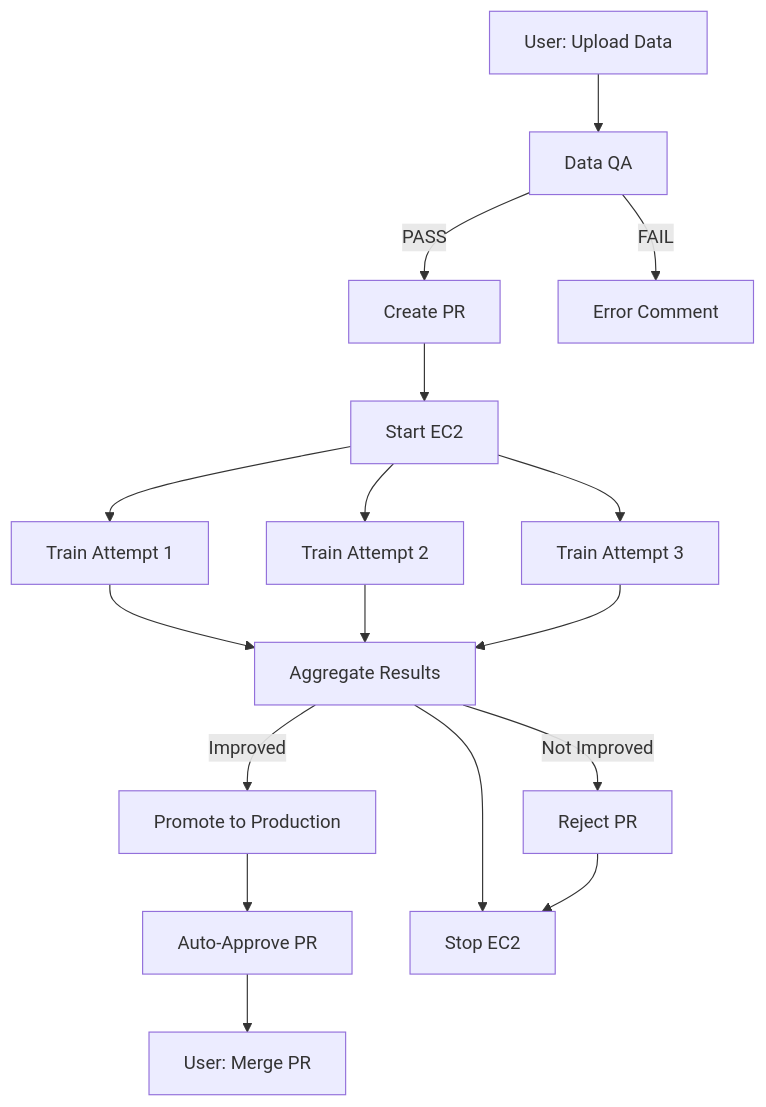
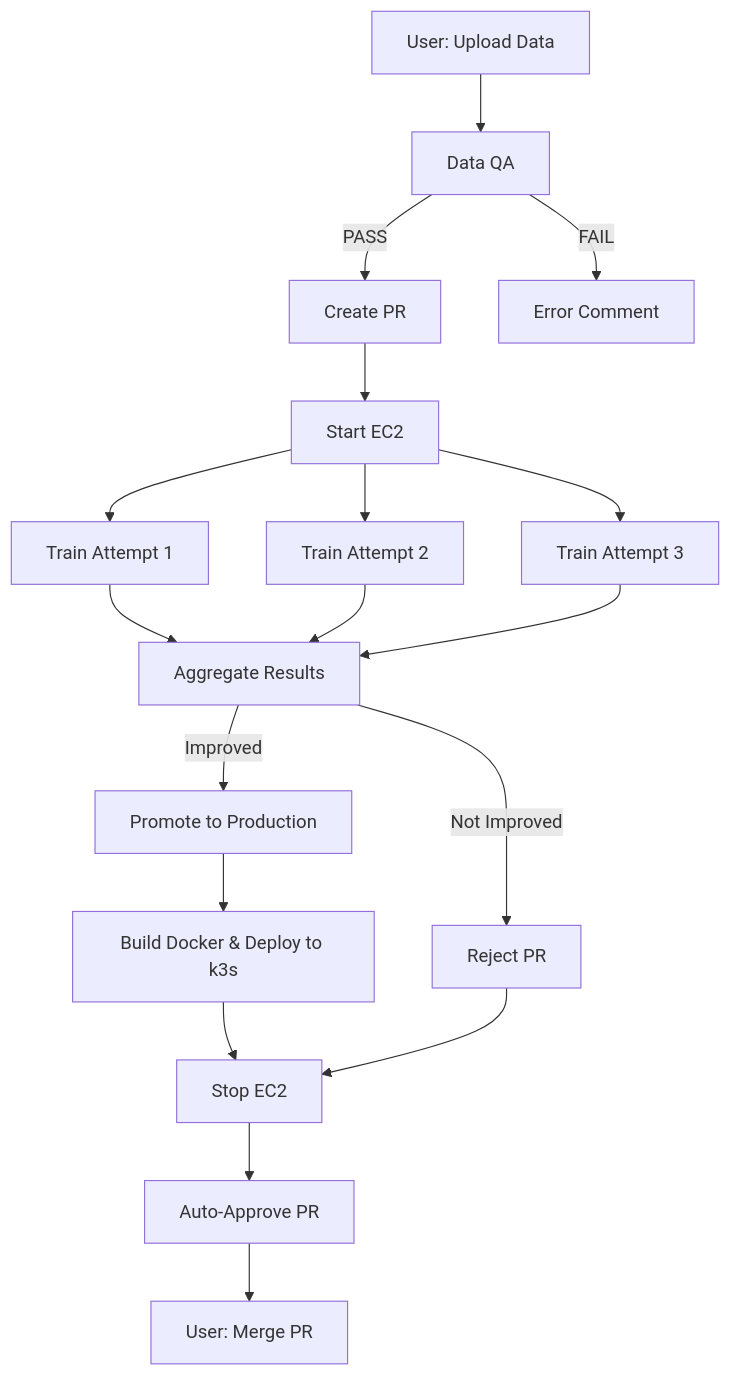
One commit to Rafallost/Water-Meters-Segmentation-Automatization changed the diagram in README.md. Above: the diagram before and after it, drawn with Mermaid. The commit also changed other lines of this file and 5 other files, not shown here.

````diff
--- a/README.md
+++ b/README.md
@@ -332,19 +333,20 @@
 ```mermaid
 graph TD
     A[User: Upload Data] --> B[Data QA]
     B -->|PASS| C[Create PR]
     B -->|FAIL| Z[Error Comment]
     C --> D[Start EC2]
     D --> E[Train Attempt 1]
     D --> F[Train Attempt 2]
     D --> G[Train Attempt 3]
     E --> H[Aggregate Results]
     F --> H
     G --> H
     H -->|Improved| I[Promote to Production]
     H -->|Not Improved| J[Reject PR]
-    I --> K[Auto-Approve PR]
-    K --> L[User: Merge PR]
-    H --> M[Stop EC2]
-    J --> M
+    I --> K[Build Docker & Deploy to k3s]
+    K --> L[Stop EC2]
+    J --> L
+    L --> M[Auto-Approve PR]
+    M --> N[User: Merge PR]
 ```
````
